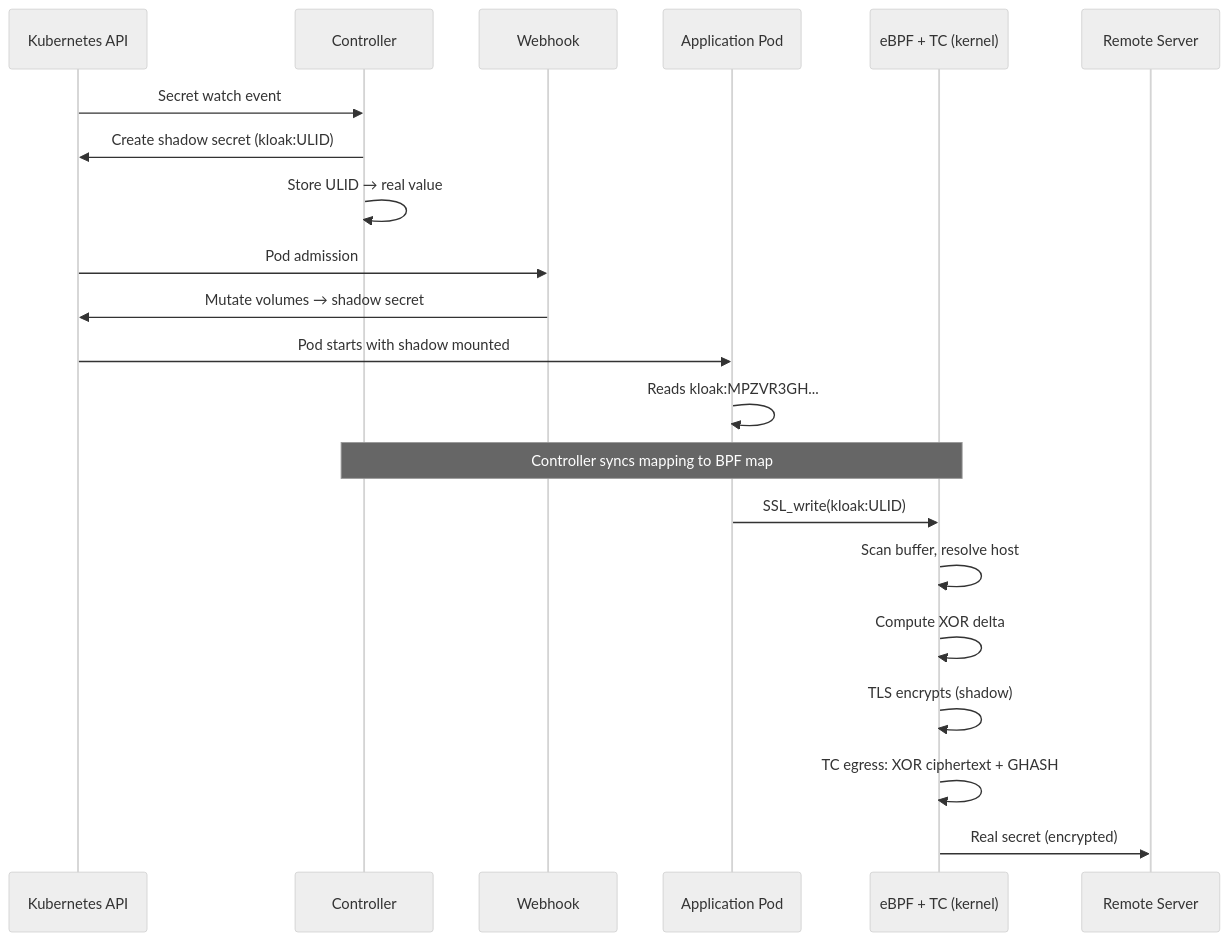
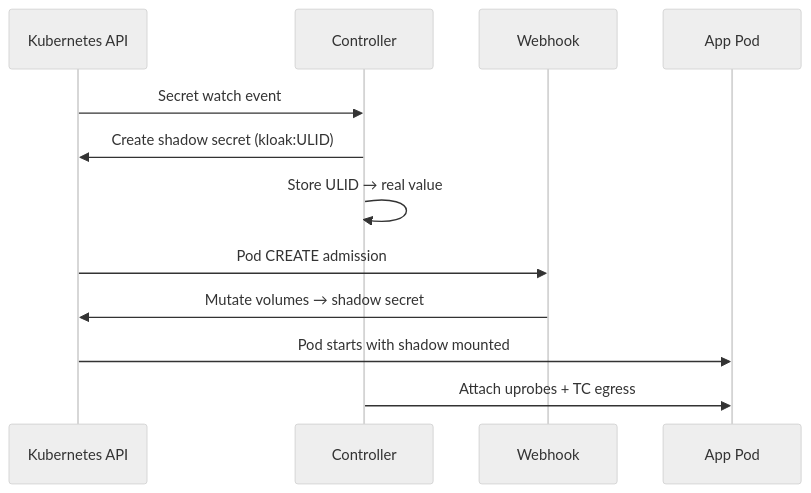
Before and after one commit to spinningfactory/kloak-web: the first of 2 diagrams in docs/architecture/overview.md, drawn with Mermaid (neutral theme). The commit also changed other lines of this file and 1 other file, not shown here.

First line of the commit message:
Revert Mermaid CSS overrides, split data flow into two simple diagrams

````diff
--- a/docs/architecture/overview.md
+++ b/docs/architecture/overview.md
@@ -91,28 +93,15 @@
 ```mermaid
 sequenceDiagram
     participant K8s as Kubernetes API
     participant Ctrl as Controller
     participant WH as Webhook
-    participant App as Application Pod
-    participant BPF as eBPF + TC (kernel)
-    participant Remote as Remote Server
+    participant App as App Pod
 
     K8s->>Ctrl: Secret watch event
     Ctrl->>K8s: Create shadow secret (kloak:ULID)
     Ctrl->>Ctrl: Store ULID → real value
-
-    K8s->>WH: Pod admission
+    K8s->>WH: Pod CREATE admission
     WH->>K8s: Mutate volumes → shadow secret
-
     K8s->>App: Pod starts with shadow mounted
-    App->>App: Reads kloak:MPZVR3GH...
-
-    Note over Ctrl,BPF: Controller syncs mapping to BPF map
-
-    App->>BPF: SSL_write(kloak:ULID)
-    BPF->>BPF: Scan buffer, resolve host
-    BPF->>BPF: Compute XOR delta
-    BPF->>BPF: TLS encrypts (shadow)
-    BPF->>BPF: TC egress: XOR ciphertext + GHASH
-    BPF->>Remote: Real secret (encrypted)
+    Ctrl->>App: Attach uprobes + TC egress
 ```
````
